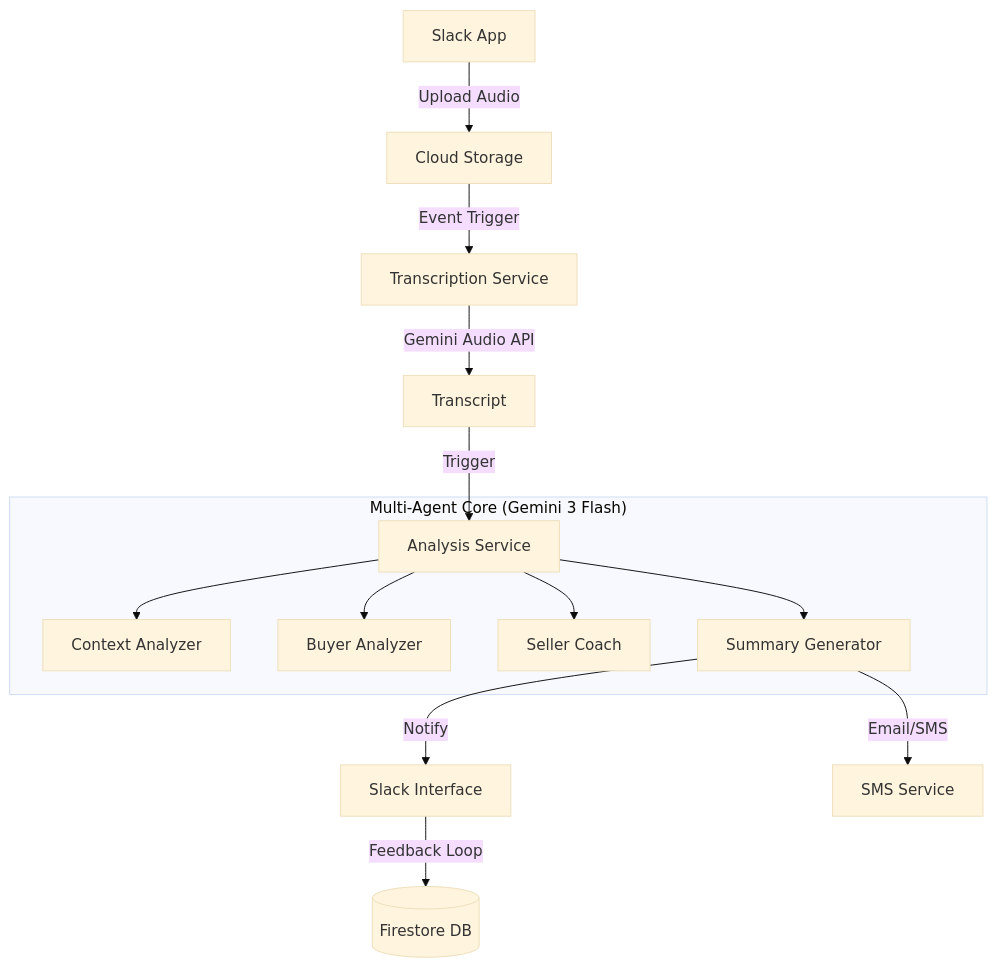
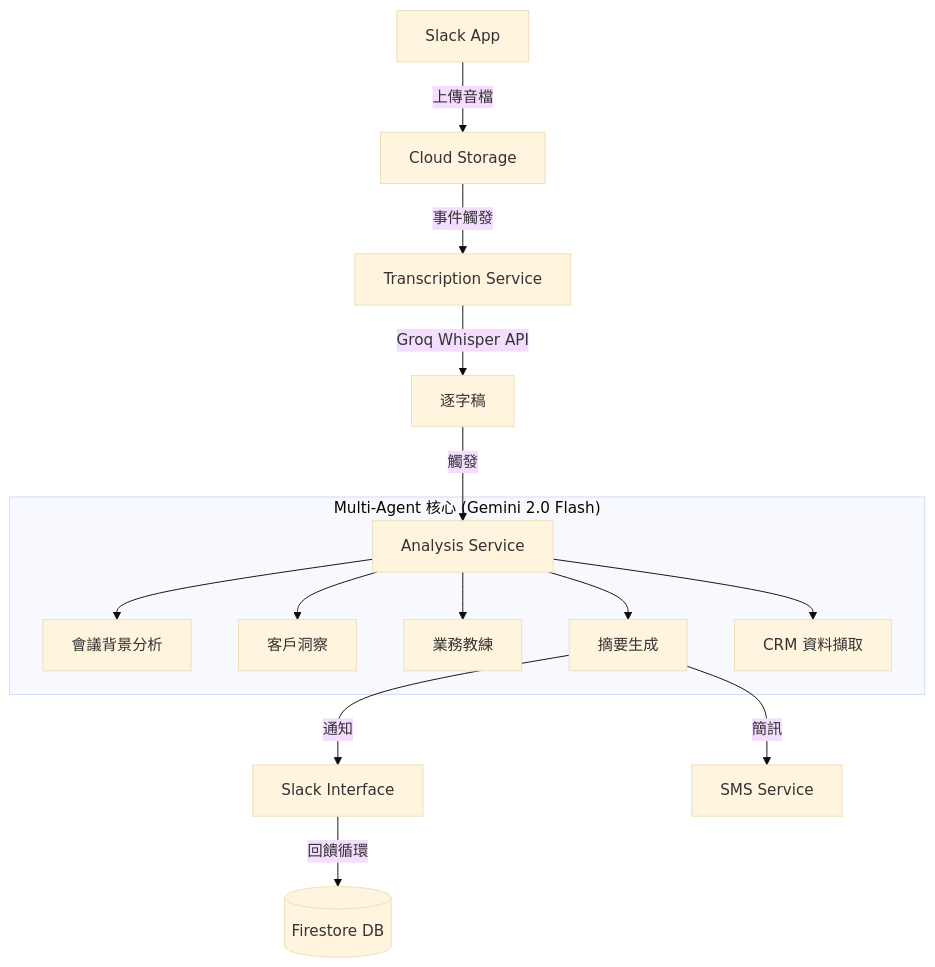
The diagram in README.md (keweikao/sales-ai-automation-V2), drawn with Mermaid (base theme) before and after one commit. The commit also changed other lines of this file and 10 other files, not shown here.

First line of the commit message:
refactor: finalize project cleanup after Groq Whisper migration

````diff
--- a/README.md
+++ b/README.md
@@ -32,19 +35,19 @@
 ```mermaid
 graph TD
-    User[Slack App] -->|Upload Audio| Storage[Cloud Storage]
-    Storage -->|Event Trigger| Transcribe[Transcription Service]
-    Transcribe -->|Gemini Audio API| Text[Transcript]
-    Text -->|Trigger| Analysis[Analysis Service]
-    
-    subgraph "Multi-Agent Core (Gemini 3 Flash)"
-        Analysis --> Agent1[Context Analyzer]
-        Analysis --> Agent2[Buyer Analyzer]
-        Analysis --> Agent3[Seller Coach]
-        Analysis --> Agent4[Summary Generator]
+    User[Slack App] -->|上傳音檔| Storage[Cloud Storage]
+    Storage -->|事件觸發| Transcribe[Transcription Service]
+    Transcribe -->|Groq Whisper API| Text[逐字稿]
+    Text -->|觸發| Analysis[Analysis Service]
+
+    subgraph "Multi-Agent 核心 (Gemini 2.0 Flash)"
+        Analysis --> Agent1[會議背景分析]
+        Analysis --> Agent2[客戶洞察]
+        Analysis --> Agent3[業務教練]
+        Analysis --> Agent4[摘要生成]
+        Analysis --> Agent6[CRM 資料擷取]
     end
-    
-    Agent4 -->|Notify| Slack[Slack Interface]
-    Agent4 -->|Email/SMS| Notify[SMS Service]
-    Slack -->|Feedback Loop| Firestore[(Firestore DB)]
 
+    Agent4 -->|通知| Slack[Slack Interface]
+    Agent4 -->|簡訊| SMS[SMS Service]
+    Slack -->|回饋循環| Firestore[(Firestore DB)]
 ```
````
